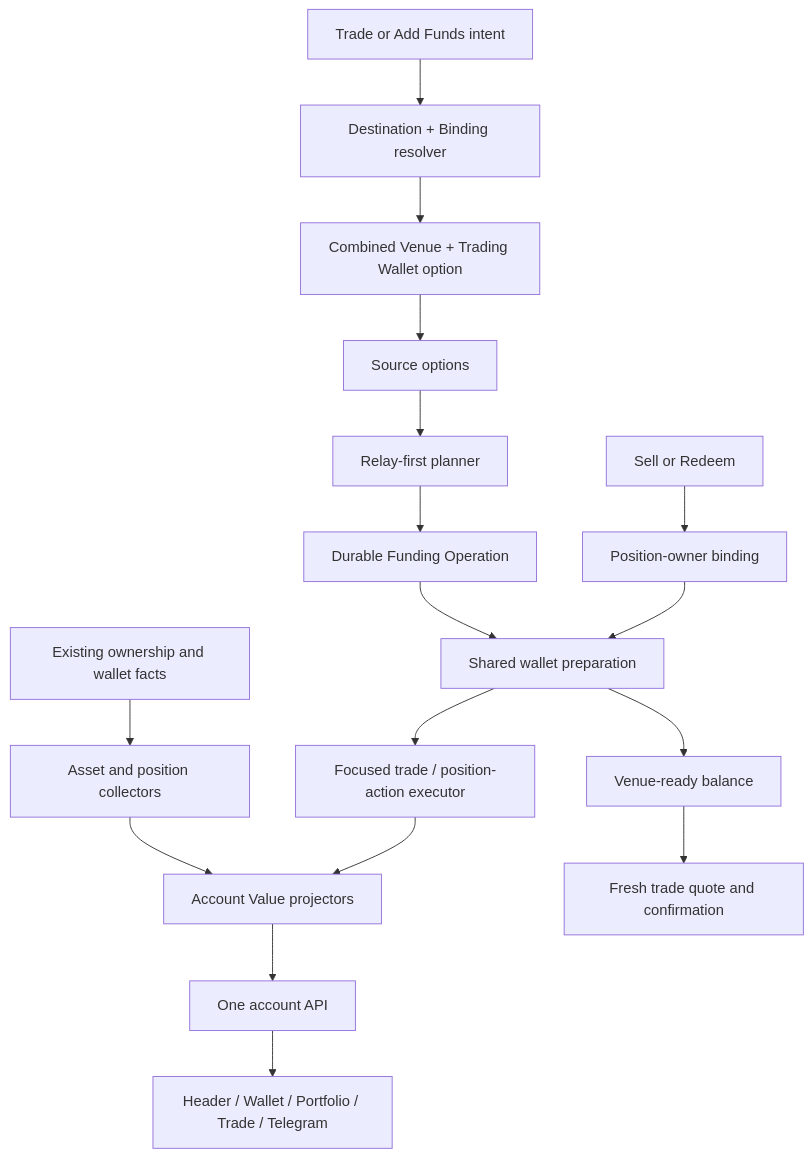
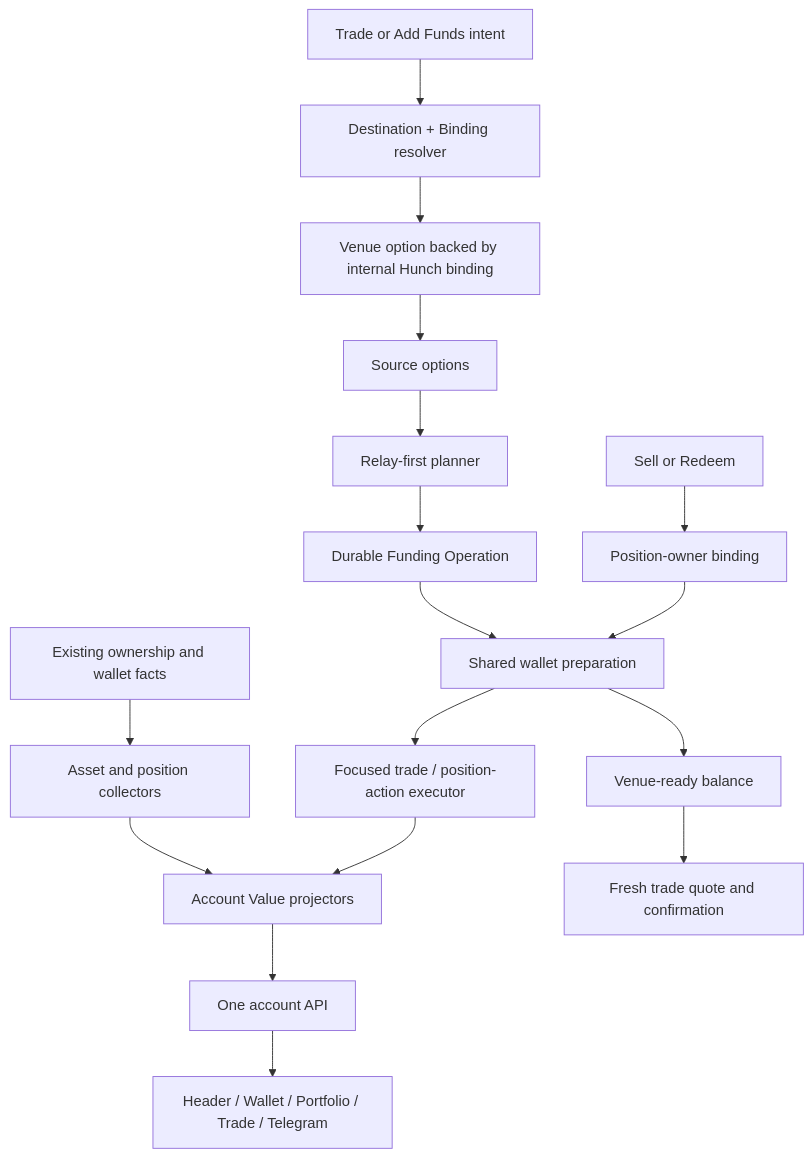
Before and after one commit to Sureshot-Labs/hunch-monorepo: the third of 3 diagrams in docs/unified-account-value-relay-funding-plan-v2.md, drawn with Mermaid. The commit also changed other lines of this file and 11 other files, not shown here.

Commit message:
feat: Enhance funding schemas and routes with market reference handling and validation improvements

````diff
--- a/docs/unified-account-value-relay-funding-plan-v2.md
+++ b/docs/unified-account-value-relay-funding-plan-v2.md
@@ -604,21 +615,21 @@
 ```mermaid
 flowchart TD
   A["Existing ownership and wallet facts"] --> B["Asset and position collectors"]
   B --> C["Account Value projectors"]
   C --> D["One account API"]
   D --> E["Header / Wallet / Portfolio / Trade / Telegram"]
 
   F["Trade or Add Funds intent"] --> G["Destination + Binding resolver"]
-  G --> H["Combined Venue + Trading Wallet option"]
+  G --> H["Venue option backed by internal Hunch binding"]
   H --> I["Source options"]
   I --> J["Relay-first planner"]
   J --> K["Durable Funding Operation"]
   K --> L["Shared wallet preparation"]
   L --> M["Venue-ready balance"]
   M --> N["Fresh trade quote and confirmation"]
 
   O["Sell or Redeem"] --> P["Position-owner binding"]
   P --> L
   L --> Q["Focused trade / position-action executor"]
   Q --> C
 ```
````
